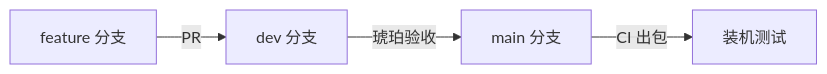
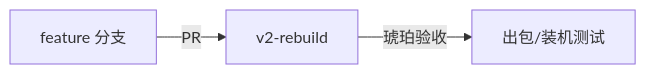
The diagram in README.md (AsrnkHoper/LX-Pro-Music), drawn with Mermaid before and after one commit. The commit also changed other lines of this file and 1 other file, not shown here.

Commit message:
docs: README+团队方案更新为 v2 结构(v2-rebuild 主分支,main 经验存档)

````diff
--- a/README.md
+++ b/README.md
@@ -31,6 +41,5 @@
 ```mermaid
 graph LR
-    A[feature 分支] -->|PR| B[dev 分支]
-    B -->|琥珀验收| C[main 分支]
-    C -->|CI 出包| D[装机测试]
+    A[feature 分支] -->|PR| B[v2-rebuild]
+    B -->|琥珀验收| C[出包/装机测试]
 ```
````
